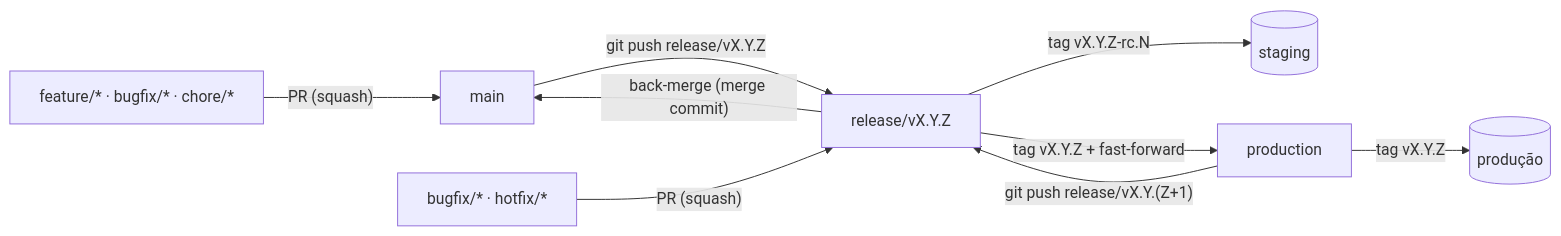
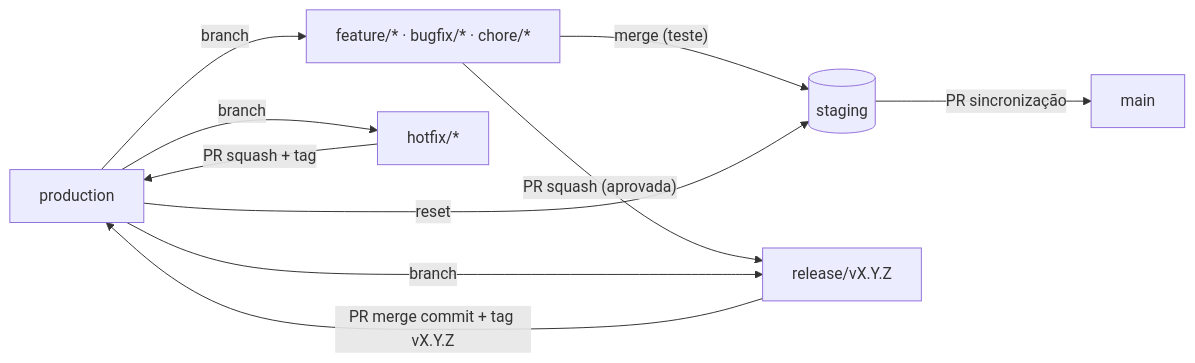
One commit to uesleinasch/ConventionsCode changed the diagram in GitFlow/README.md. Above: the diagram before and after it, drawn with Mermaid. The commit also changed other lines of this file and 20 other files, not shown here.

First line of the commit message:
feat(gitflow)!: adota release seletiva a partir de production com staging opcional

````diff
--- a/GitFlow/README.md
+++ b/GitFlow/README.md
@@ -24,11 +28,12 @@
 ```mermaid
 flowchart LR
-    F["feature/* · bugfix/* · chore/*"] -- "PR (squash)" --> M[main]
-    M -- "git push release/vX.Y.Z" --> R["release/vX.Y.Z"]
-    B["bugfix/* · hotfix/*"] -- "PR (squash)" --> R
-    R -- "tag vX.Y.Z-rc.N" --> S[(staging)]
-    R -- "tag vX.Y.Z + fast-forward" --> P[production]
-    P -- "tag vX.Y.Z" --> PR[(produção)]
-    R -- "back-merge (merge commit)" --> M
-    P -- "git push release/vX.Y.(Z+1)" --> R
+    P[production] -- "branch" --> F["feature/* · bugfix/* · chore/*"]
+    F -- "merge (teste)" --> S[(staging)]
+    F -- "PR squash (aprovada)" --> R["release/vX.Y.Z"]
+    P -- "branch" --> R
+    R -- "PR merge commit + tag vX.Y.Z" --> P
+    P -- "branch" --> H["hotfix/*"]
+    H -- "PR squash + tag" --> P
+    P -- "reset" --> S
+    S -- "PR sincronização" --> M[main]
 ```
````
